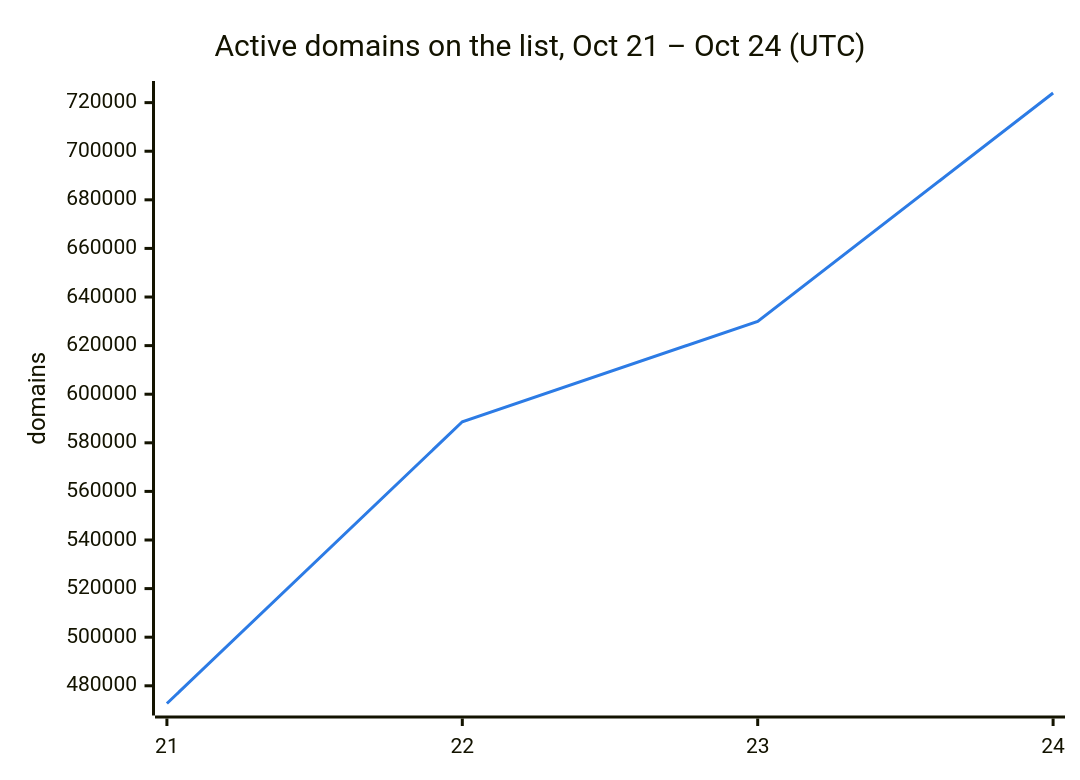
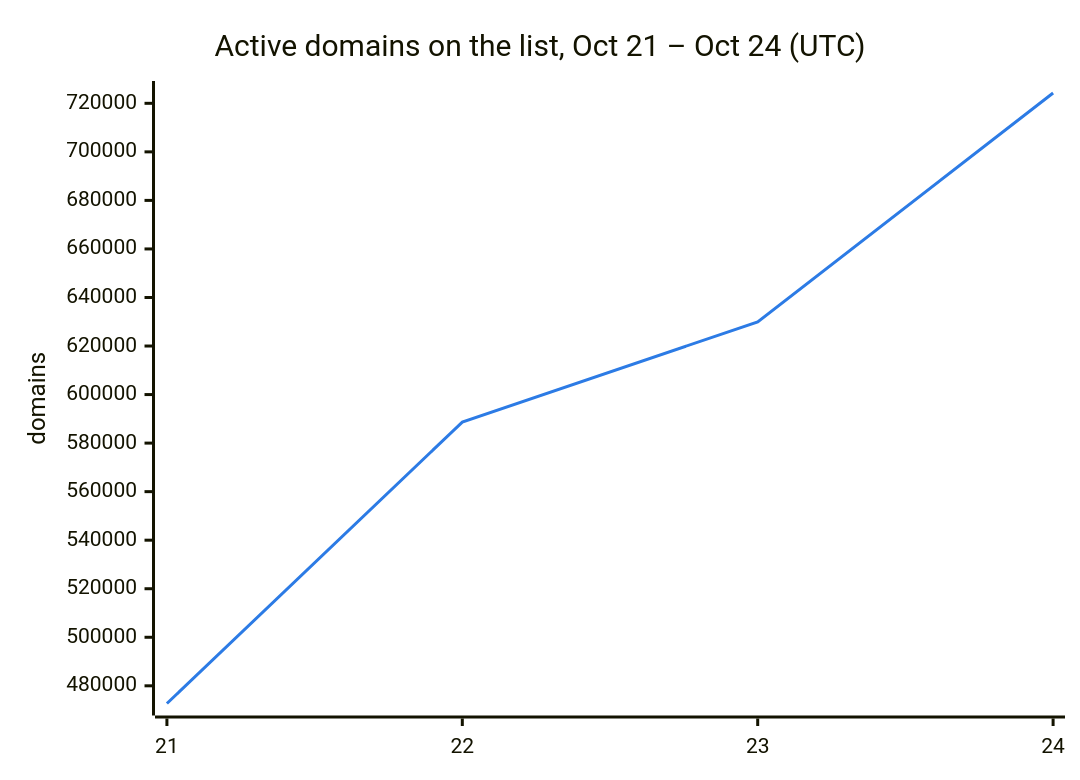
One commit to DNSBunker/CTI changed the second of 3 diagrams in README.md. Above: the diagram before and after it, drawn with Mermaid. The commit also changed other lines of this file and 3 other files, not shown here.

````diff
--- a/README.md
+++ b/README.md
@@ -38,8 +38,8 @@
 ```mermaid
 %%{init: {"themeVariables": {"xyChart": {"plotColorPalette": "#2c7be5"}}}}%%
 xychart-beta
     title "Active domains on the list, Oct 21 – Oct 24 (UTC)"
     x-axis ["21", "22", "23", "24"]
     y-axis "domains"
-    line [472713, 588659, 629951, 723963]
+    line [472713, 588659, 629951, 724251]
 ```
````
